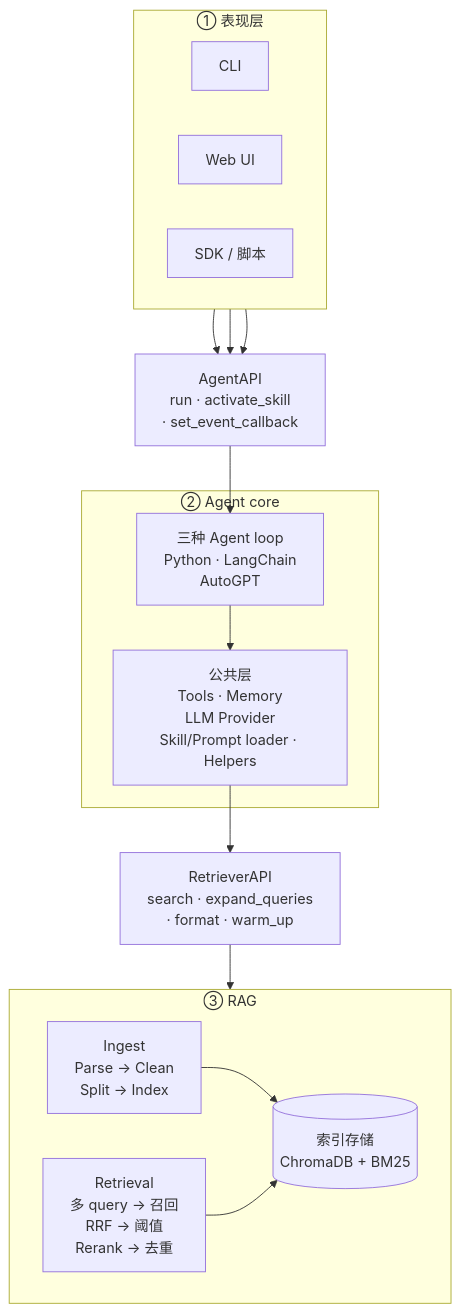
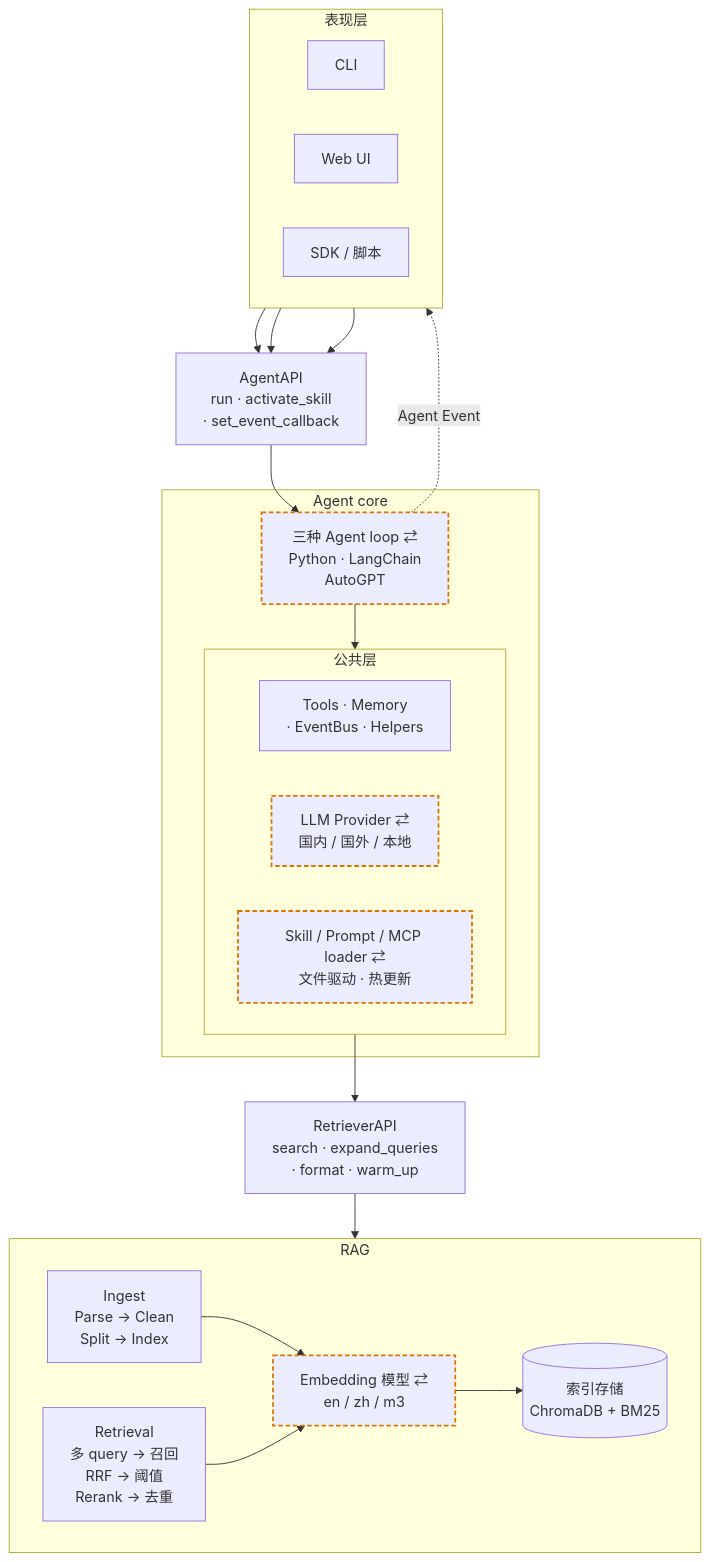
Before and after one commit to michaelwangzhenan/AgentA: the first of 28 diagrams in docs/design.md, drawn with Mermaid. The commit also changed other lines of this file and 4 other files, not shown here.

````diff
--- a/docs/design.md
+++ b/docs/design.md
@@ -27,35 +27,46 @@
 ```mermaid
 flowchart TB
-    subgraph PRESENT["① 表现层"]
+    subgraph PRESENT["表现层"]
         direction LR
         CLI["CLI"]
         WEB["Web UI"]
         SDK["SDK / 脚本"]
     end
 
     AAPI["AgentAPI<br/>run · activate_skill<br/>· set_event_callback"]
 
-    subgraph AGENT["② Agent core"]
-        IMP["三种 Agent loop<br/>Python · LangChain<br/>AutoGPT"]
-        SHARED["公共层<br/>Tools · Memory<br/>LLM Provider<br/>Skill/Prompt loader · Helpers"]
+    subgraph AGENT["Agent core"]
+        IMP["三种 Agent loop ⇄<br/>Python · LangChain<br/>AutoGPT"]
+        subgraph SHARED["公共层"]
+            direction LR
+            BASE["Tools · Memory<br/> · EventBus · Helpers"]
+            LLMP["LLM Provider ⇄<br/>国内 / 国外 / 本地"]
+            FILES["Skill / Prompt / MCP loader ⇄<br/>文件驱动 · 热更新"]
+        end
         IMP --> SHARED
     end
 
     RAPI["RetrieverAPI<br/>search · expand_queries<br/>· format · warm_up"]
 
-    subgraph RAG_BOX["③ RAG"]
+    subgraph RAG_BOX["RAG"]
         direction LR
         ING["Ingest<br/>Parse → Clean<br/>Split → Index"]
+        EMB["Embedding 模型 ⇄<br/>en / zh / m3"]
         IDX[("索引存储<br/>ChromaDB + BM25")]
         RET["Retrieval<br/>多 query → 召回<br/>RRF → 阈值<br/>Rerank → 去重"]
-        ING --> IDX
-        RET --> IDX
+        ING --> EMB
+        EMB --> IDX
+        RET --> EMB
     end
 
     CLI --> AAPI
     WEB --> AAPI
     SDK --> AAPI
     AAPI --> IMP
+    IMP -.->|Agent Event| PRESENT
     SHARED --> RAPI
     RAPI --> RET
+
+    classDef swappable stroke:#d97706,stroke-width:2px,stroke-dasharray:5 3
+    class IMP,LLMP,FILES,EMB swappable
 ```
````
